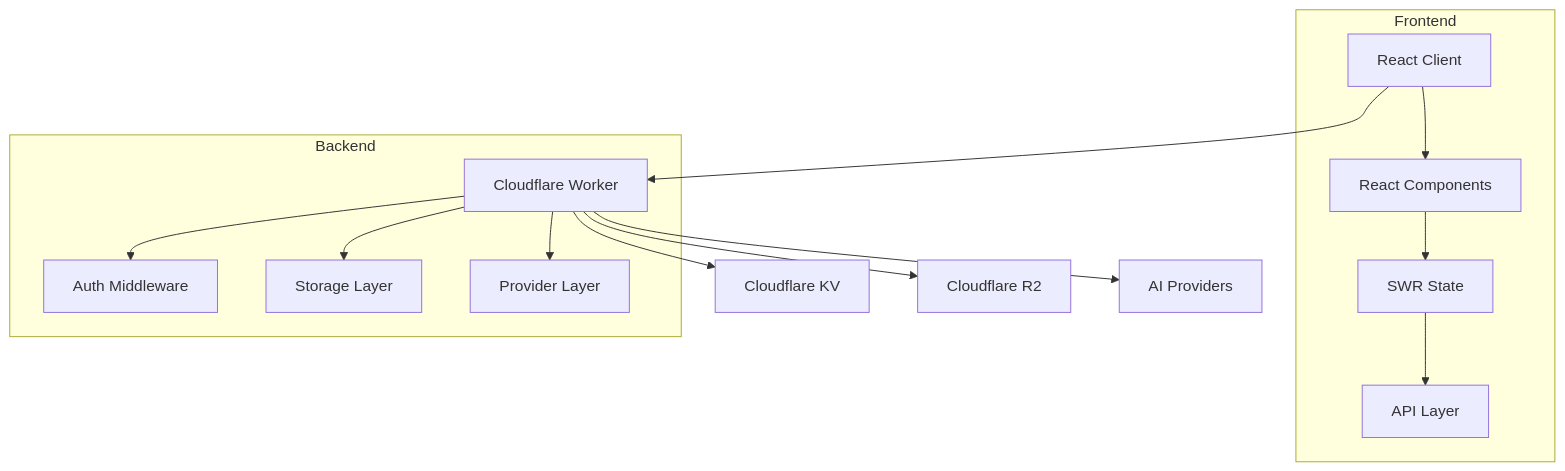
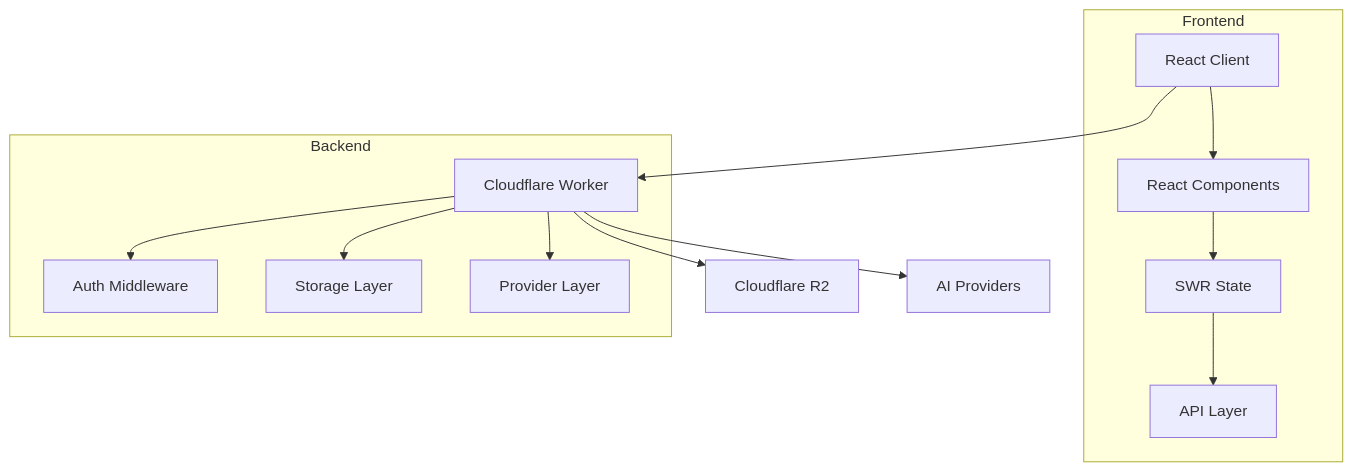
The first of 3 diagrams in memory-bank/systemPatterns.md (luohy15/y-gui), drawn with Mermaid before and after one commit. The commit also changed other lines of this file and 10 other files, not shown here.

````diff
--- a/memory-bank/systemPatterns.md
+++ b/memory-bank/systemPatterns.md
@@ -6,19 +6,18 @@
 ```mermaid
 flowchart TD
     Client[React Client] --> Worker[Cloudflare Worker]
-    Worker --> KV[Cloudflare KV]
     Worker --> R2[Cloudflare R2]
     Worker --> AI[AI Providers]
 
     subgraph "Frontend"
         Client --> Components[React Components]
         Components --> State[SWR State]
         State --> API[API Layer]
     end
 
     subgraph "Backend"
         Worker --> Auth[Auth Middleware]
         Worker --> Storage[Storage Layer]
         Worker --> Provider[Provider Layer]
     end
 ```
````
